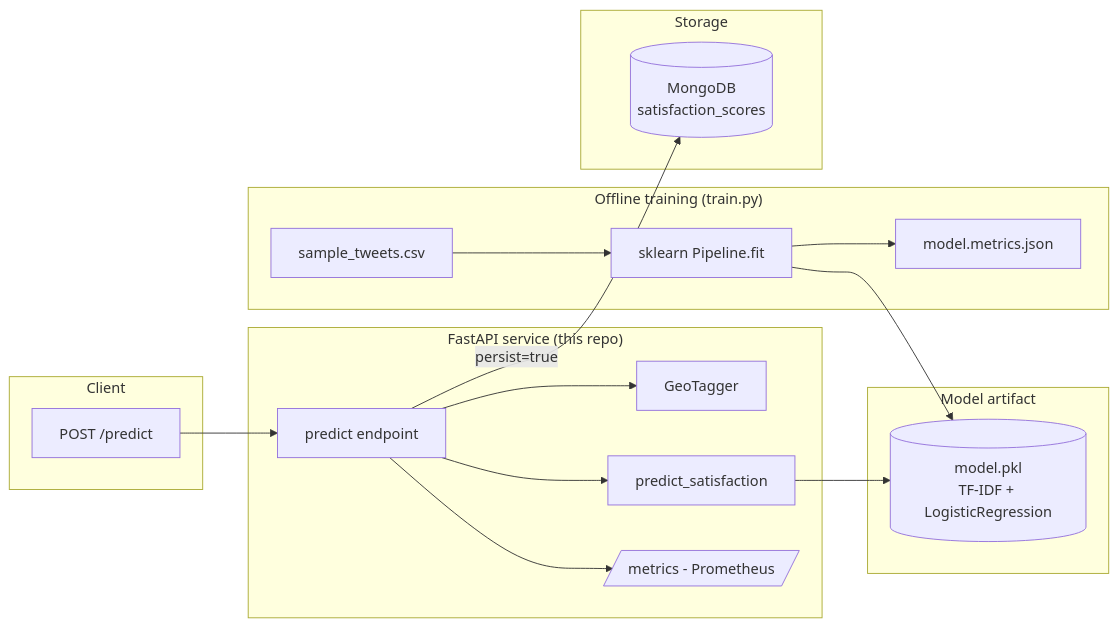
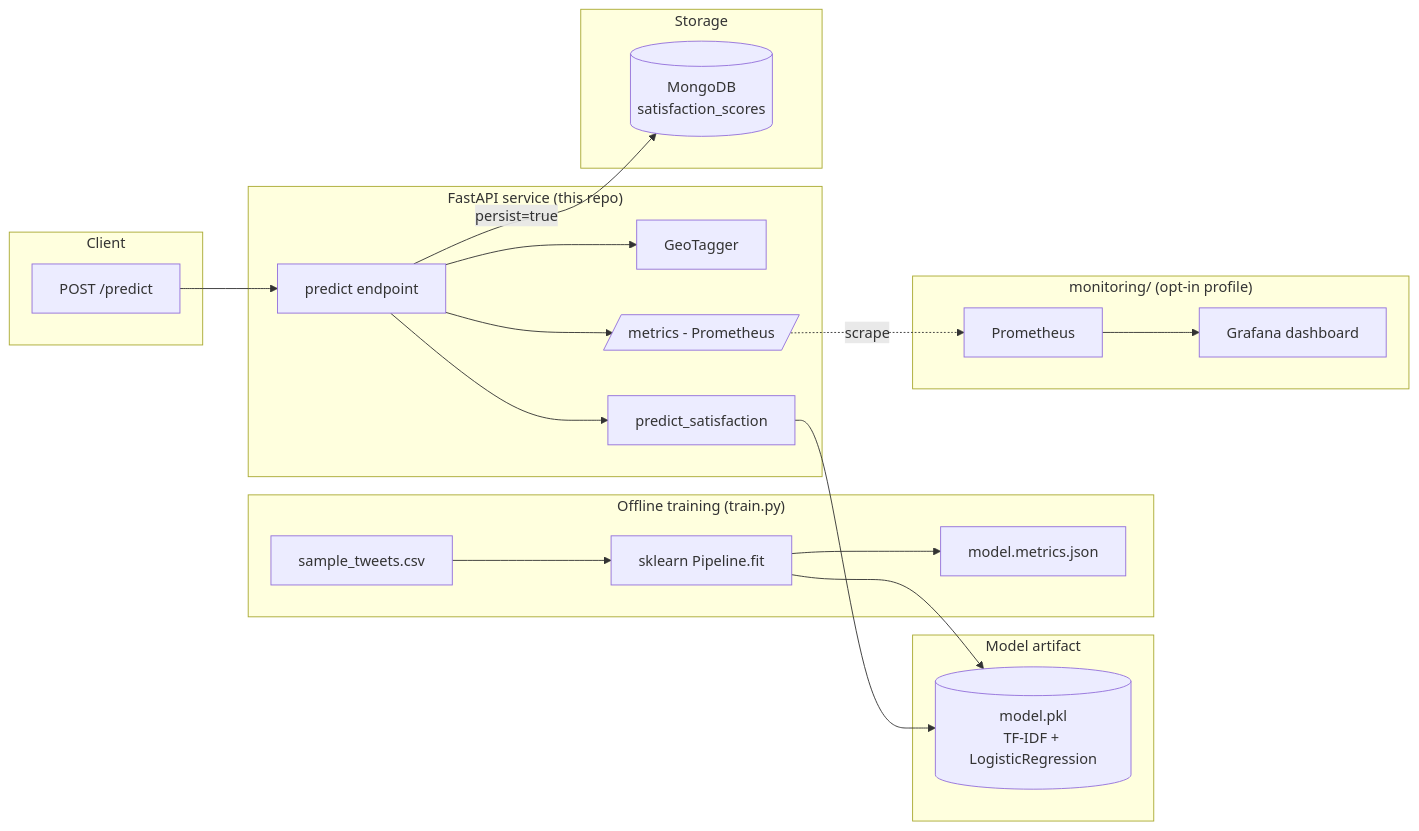
The diagram in docs/ARCHITECTURE.md (chekol1/public-transit-satisfaction-platform), drawn with Mermaid before and after one commit. The commit also changed 6 other files, not shown here.

First line of the commit message:
Wire up Prometheus + Grafana monitoring (opt-in profile)

````diff
--- a/docs/ARCHITECTURE.md
+++ b/docs/ARCHITECTURE.md
@@ -3,34 +3,39 @@
 ```mermaid
 flowchart LR
     subgraph Client
         A[POST /predict]
     end
 
     subgraph API["FastAPI service (this repo)"]
         B[predict endpoint]
         C[GeoTagger]
         D[predict_satisfaction]
         E[/metrics - Prometheus/]
     end
 
     subgraph Model["Model artifact"]
         F[(model.pkl\nTF-IDF + LogisticRegression)]
     end
 
     subgraph Training["Offline training (train.py)"]
         G[sample_tweets.csv] --> H[sklearn Pipeline.fit]
         H --> F
         H --> I[model.metrics.json]
     end
 
     subgraph Storage
         J[(MongoDB\nsatisfaction_scores)]
     end
 
+    subgraph Observability["monitoring/ (opt-in profile)"]
+        K[Prometheus] --> L[Grafana dashboard]
+    end
+
     A --> B
     B --> C
     B --> D
     D --> F
     B -->|persist=true| J
     B --> E
+    E -.->|scrape| K
 ```
````
